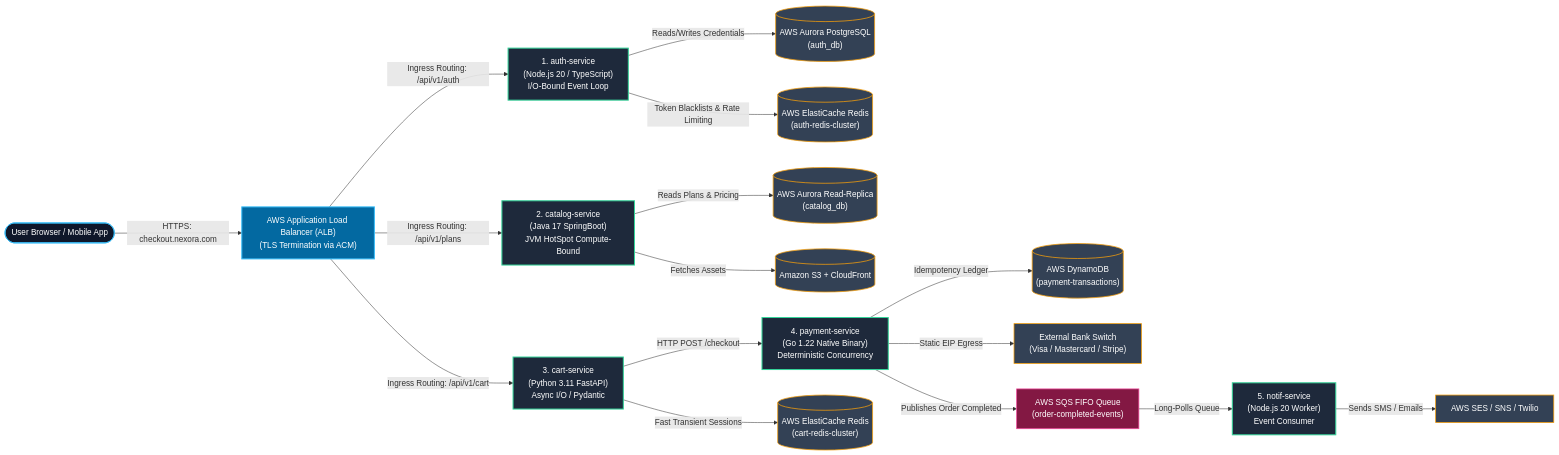
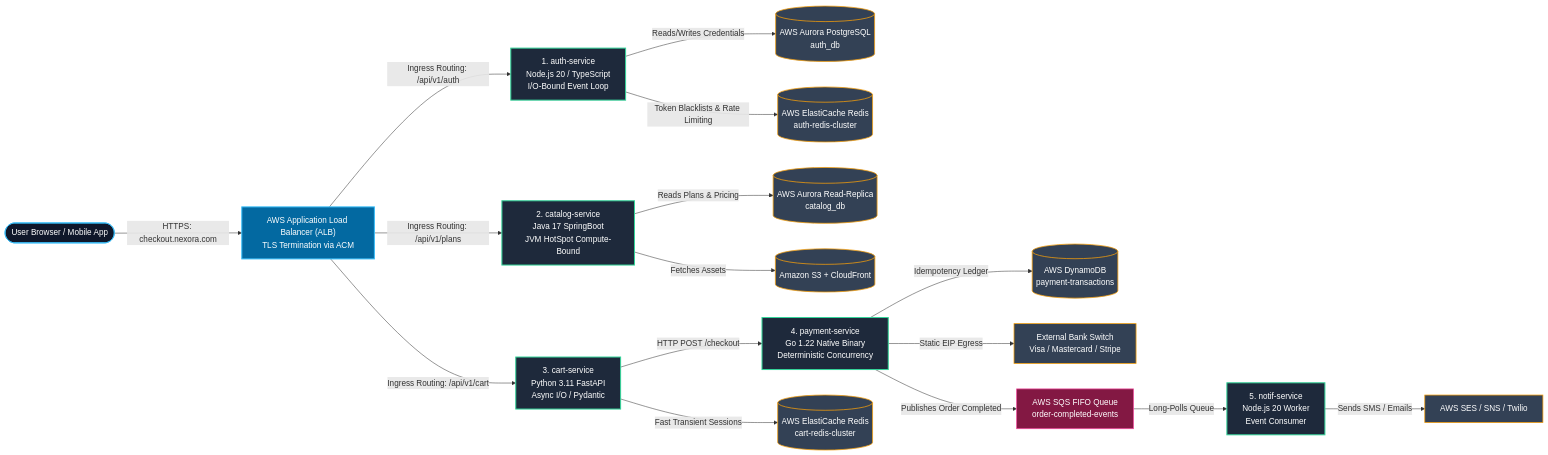
The sixth of 12 diagrams in DevOps_CI_CD_Master_Engineering_Blueprint.md (pvsafwa/devops-course-playbook), drawn with Mermaid before and after one commit. The commit also changed other lines of this file, not shown here.

````diff
--- a/DevOps_CI_CD_Master_Engineering_Blueprint.md
+++ b/DevOps_CI_CD_Master_Engineering_Blueprint.md
@@ -322,36 +315,36 @@
 ```mermaid
 flowchart LR
-    User(["User Browser / Mobile App"]) -->|"HTTPS: checkout.nexora.com"| ALB["AWS Application Load Balancer (ALB)<br/>(TLS Termination via ACM)"]
+    User(["User Browser / Mobile App"]) -->|"HTTPS: checkout.nexora.com"| ALB["AWS Application Load Balancer (ALB)<br/>TLS Termination via ACM"]
     
-    ALB -->|"Ingress Routing: /api/v1/auth"| Auth["1. auth-service<br/>(Node.js 20 / TypeScript)<br/>I/O-Bound Event Loop"]
-    ALB -->|"Ingress Routing: /api/v1/plans"| Catalog["2. catalog-service<br/>(Java 17 SpringBoot)<br/>JVM HotSpot Compute-Bound"]
-    ALB -->|"Ingress Routing: /api/v1/cart"| Cart["3. cart-service<br/>(Python 3.11 FastAPI)<br/>Async I/O / Pydantic"]
+    ALB -->|"Ingress Routing: /api/v1/auth"| Auth["1. auth-service<br/>Node.js 20 / TypeScript<br/>I/O-Bound Event Loop"]
+    ALB -->|"Ingress Routing: /api/v1/plans"| Catalog["2. catalog-service<br/>Java 17 SpringBoot<br/>JVM HotSpot Compute-Bound"]
+    ALB -->|"Ingress Routing: /api/v1/cart"| Cart["3. cart-service<br/>Python 3.11 FastAPI<br/>Async I/O / Pydantic"]
     
-    Cart -->|"HTTP POST /checkout"| Payment["4. payment-service<br/>(Go 1.22 Native Binary)<br/>Deterministic Concurrency"]
+    Cart -->|"HTTP POST /checkout"| Payment["4. payment-service<br/>Go 1.22 Native Binary<br/>Deterministic Concurrency"]
     
-    Auth -->|"Reads/Writes Credentials"| AuroraAuth[("AWS Aurora PostgreSQL<br/>(auth_db)")]
-    Auth -->|"Token Blacklists & Rate Limiting"| RedisAuth[("AWS ElastiCache Redis<br/>(auth-redis-cluster)")]
+    Auth -->|"Reads/Writes Credentials"| AuroraAuth[("AWS Aurora PostgreSQL<br/>auth_db")]
+    Auth -->|"Token Blacklists & Rate Limiting"| RedisAuth[("AWS ElastiCache Redis<br/>auth-redis-cluster")]
     
-    Catalog -->|"Reads Plans & Pricing"| AuroraCat[("AWS Aurora Read-Replica<br/>(catalog_db)")]
+    Catalog -->|"Reads Plans & Pricing"| AuroraCat[("AWS Aurora Read-Replica<br/>catalog_db")]
     Catalog -->|"Fetches Assets"| S3CDN[("Amazon S3 + CloudFront")]
     
-    Cart -->|"Fast Transient Sessions"| RedisCart[("AWS ElastiCache Redis<br/>(cart-redis-cluster)")]
+    Cart -->|"Fast Transient Sessions"| RedisCart[("AWS ElastiCache Redis<br/>cart-redis-cluster")]
     
-    Payment -->|"Idempotency Ledger"| DynamoDB[("AWS DynamoDB<br/>(payment-transactions)")]
-    Payment -->|"Static EIP Egress"| ExtBank["External Bank Switch<br/>(Visa / Mastercard / Stripe)"]
-    Payment -->|"Publishes Order Completed"| SQS["AWS SQS FIFO Queue<br/>(order-completed-events)"]
+    Payment -->|"Idempotency Ledger"| DynamoDB[("AWS DynamoDB<br/>payment-transactions")]
+    Payment -->|"Static EIP Egress"| ExtBank["External Bank Switch<br/>Visa / Mastercard / Stripe"]
+    Payment -->|"Publishes Order Completed"| SQS["AWS SQS FIFO Queue<br/>order-completed-events"]
     
-    SQS -->|"Long-Polls Queue"| Notif["5. notif-service<br/>(Node.js 20 Worker)<br/>Event Consumer"]
+    SQS -->|"Long-Polls Queue"| Notif["5. notif-service<br/>Node.js 20 Worker<br/>Event Consumer"]
     Notif -->|"Sends SMS / Emails"| SES_SNS["AWS SES / SNS / Twilio"]
 
     classDef client fill:#0f172a,stroke:#38bdf8,stroke-width:1.5px,color:#ffffff;
     classDef ingress fill:#0369a1,stroke:#38bdf8,stroke-width:2px,color:#ffffff;
     classDef svc fill:#1e293b,stroke:#34d399,stroke-width:2px,color:#ffffff;
     classDef db fill:#334155,stroke:#f59e0b,stroke-width:1.5px,color:#ffffff;
     classDef queue fill:#831843,stroke:#ec4899,stroke-width:1.5px,color:#ffffff;
     class User client;
     class ALB ingress;
     class Auth,Catalog,Cart,Payment,Notif svc;
     class AuroraAuth,RedisAuth,AuroraCat,S3CDN,RedisCart,DynamoDB,ExtBank,SES_SNS db;
     class SQS queue;
 ```
````
